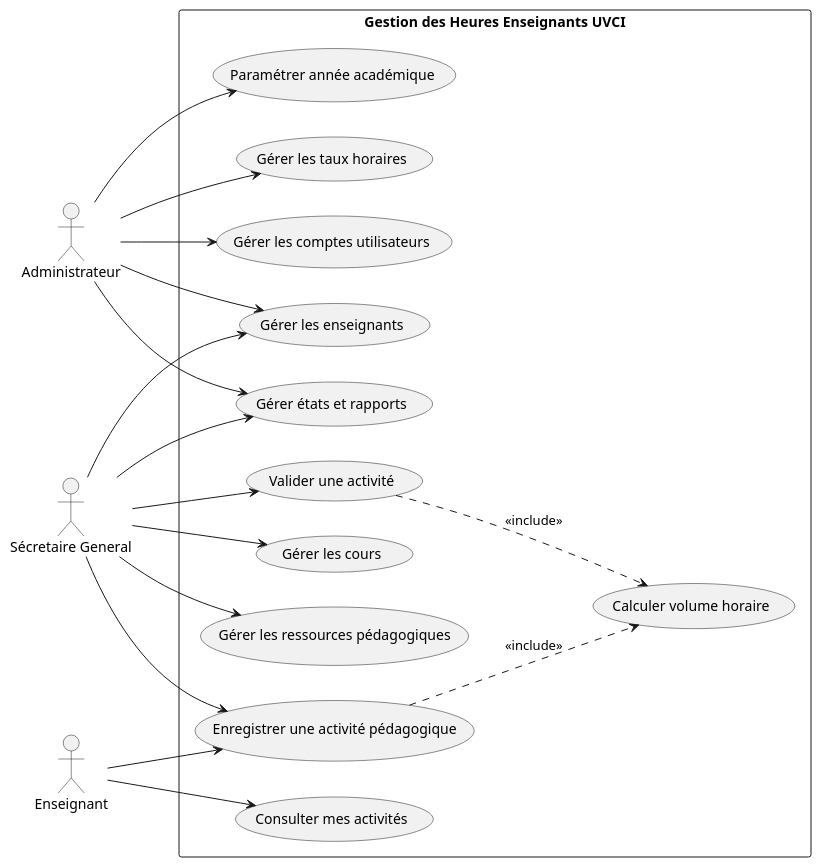
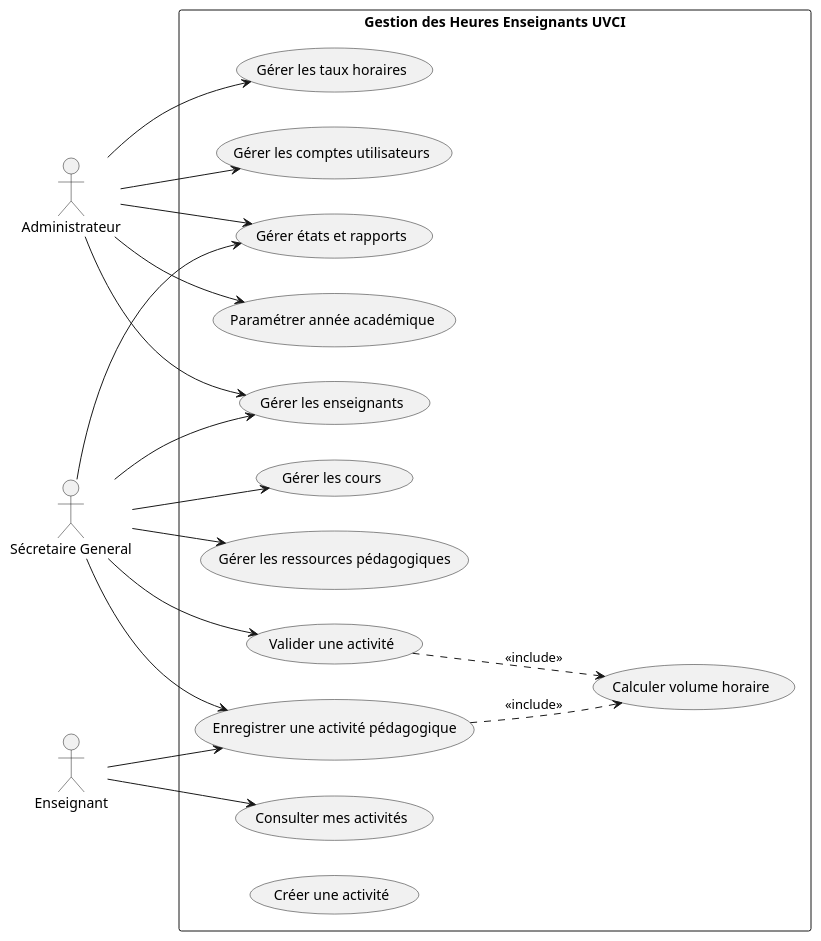
One commit to Drizain2/pct-gestion-heures changed the diagram in docs/pu/use-case.puml. Above: the diagram before and after it, drawn with PlantUML. The commit also changed 15 other files, not shown here.

Commit message:
[UPDATE] correction de dernière minute en ajouter les models Admin,Secretaire ainsi que leur seeders et amelioration des schema

```diff
--- a/docs/pu/use-case.puml
+++ b/docs/pu/use-case.puml
@@ -1,41 +1,42 @@
 @startuml usecase
 left to right direction
 
 actor "Administrateur" as Admin
 actor "Sécretaire General" as Secretaire
 actor "Enseignant" as Enseignant
 
 rectangle  "Gestion des Heures Enseignants UVCI" {
     usecase "Gérer les comptes utilisateurs" as UC1
     usecase "Paramétrer année académique" as UC2
     usecase "Gérer les taux horaires" as UC3
 
     usecase "Gérer les enseignants" as UC4
     usecase "Gérer les cours" as UC5
     usecase "Gérer les ressources pédagogiques" as UC6
     usecase "Enregistrer une activité pédagogique" as UC7
     usecase "Valider une activité" as UC8
     usecase "Calculer volume horaire" as UC9
     usecase "Gérer états et rapports" as UC10
     usecase "Consulter mes activités" as UC11
+    usecase "Créer une activité" as UC12
 }
 
 Admin --> UC1
 Admin --> UC2
 Admin --> UC3
 Admin --> UC4
 Admin --> UC10
 
 Secretaire -->UC4
 Secretaire -->UC5
 Secretaire -->UC6
 Secretaire -->UC7
 Secretaire -->UC8
 Secretaire -->UC10
 
 Enseignant--> UC7
 Enseignant--> UC11
 
 UC7 ..> UC9: <<include>>
 UC8 ..> UC9: <<include>>
 @enduml
```
